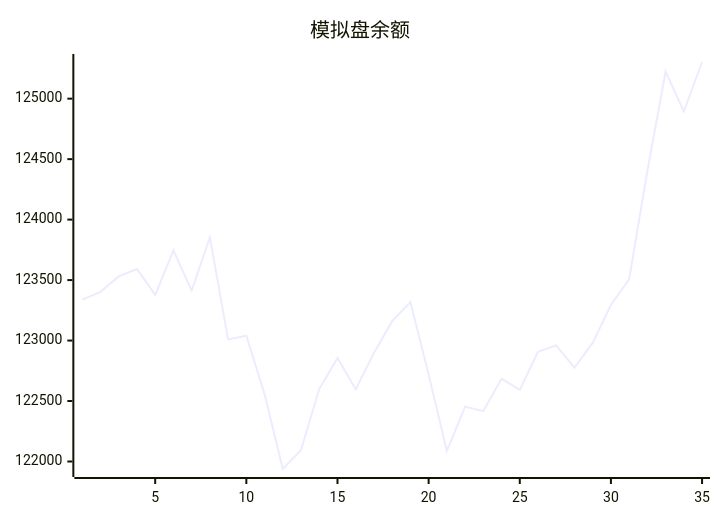
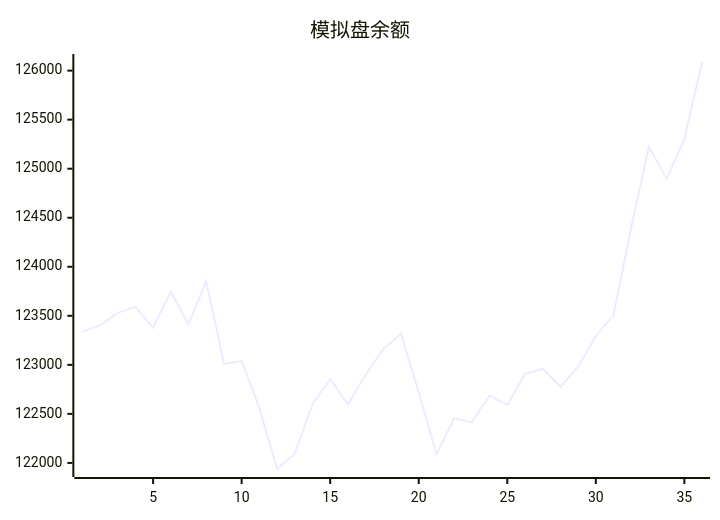
One commit to aahl/mcp-aktools changed the diagram in trading/README.md. Above: the diagram before and after it, drawn with Mermaid. The commit also changed 1 other file, not shown here.

Commit message:
📈 Auto Trading Result

````diff
--- a/trading/README.md
+++ b/trading/README.md
@@ -3,5 +3,5 @@
 ```mermaid
 xychart
     title "模拟盘余额"
-    line [123337.9,123402.4,123530.3,123591.6,123377.9,123745.3,123413.3,123853.1,123009.4,123039.8,122557.0,121938.0,122094.6,122599.0,122856.1,122597.3,122898.1,123160.2,123318.8,122719.1,122086.7,122454.1,122415.9,122685.2,122591.9,122906.8,122960.7,122775.6,122980.9,123294.6,123507.0,124402.7,125223.7,124894.0,125303.1]
+    line [123337.9,123402.4,123530.3,123591.6,123377.9,123745.3,123413.3,123853.1,123009.4,123039.8,122557.0,121938.0,122094.6,122599.0,122856.1,122597.3,122898.1,123160.2,123318.8,122719.1,122086.7,122454.1,122415.9,122685.2,122591.9,122906.8,122960.7,122775.6,122980.9,123294.6,123507.0,124402.7,125223.7,124894.0,125303.1,126088.0]
 ```
````
